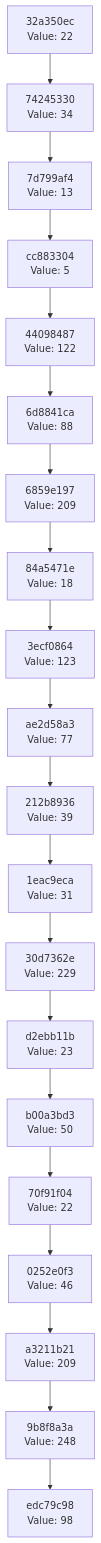
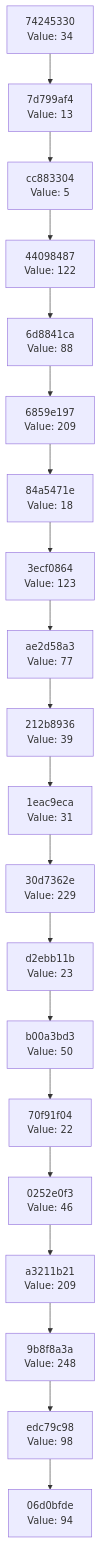
One commit to Abhisheksinha1506/hash-chain-evolver changed the diagram in docs/CHAIN_VISUALIZATION.md. Above: the diagram before and after it, drawn with Mermaid. The commit also changed 3 other files, not shown here.

````diff
--- a/docs/CHAIN_VISUALIZATION.md
+++ b/docs/CHAIN_VISUALIZATION.md
@@ -3,42 +3,42 @@
 ```mermaid
 graph TD
-    C0["edc79c98<br/>Value: 98"]
-    C1["9b8f8a3a<br/>Value: 248"]
+    C0["06d0bfde<br/>Value: 94"]
+    C1["edc79c98<br/>Value: 98"]
     C1 --> C0
-    C2["a3211b21<br/>Value: 209"]
+    C2["9b8f8a3a<br/>Value: 248"]
     C2 --> C1
-    C3["0252e0f3<br/>Value: 46"]
+    C3["a3211b21<br/>Value: 209"]
     C3 --> C2
-    C4["70f91f04<br/>Value: 22"]
+    C4["0252e0f3<br/>Value: 46"]
     C4 --> C3
-    C5["b00a3bd3<br/>Value: 50"]
+    C5["70f91f04<br/>Value: 22"]
     C5 --> C4
-    C6["d2ebb11b<br/>Value: 23"]
+    C6["b00a3bd3<br/>Value: 50"]
     C6 --> C5
-    C7["30d7362e<br/>Value: 229"]
+    C7["d2ebb11b<br/>Value: 23"]
     C7 --> C6
-    C8["1eac9eca<br/>Value: 31"]
+    C8["30d7362e<br/>Value: 229"]
     C8 --> C7
-    C9["212b8936<br/>Value: 39"]
+    C9["1eac9eca<br/>Value: 31"]
     C9 --> C8
-    C10["ae2d58a3<br/>Value: 77"]
+    C10["212b8936<br/>Value: 39"]
     C10 --> C9
-    C11["3ecf0864<br/>Value: 123"]
+    C11["ae2d58a3<br/>Value: 77"]
     C11 --> C10
-    C12["84a5471e<br/>Value: 18"]
+    C12["3ecf0864<br/>Value: 123"]
     C12 --> C11
-    C13["6859e197<br/>Value: 209"]
+    C13["84a5471e<br/>Value: 18"]
     C13 --> C12
-    C14["6d8841ca<br/>Value: 88"]
+    C14["6859e197<br/>Value: 209"]
     C14 --> C13
-    C15["44098487<br/>Value: 122"]
+    C15["6d8841ca<br/>Value: 88"]
     C15 --> C14
-    C16["cc883304<br/>Value: 5"]
+    C16["44098487<br/>Value: 122"]
     C16 --> C15
-    C17["7d799af4<br/>Value: 13"]
+    C17["cc883304<br/>Value: 5"]
     C17 --> C16
-    C18["74245330<br/>Value: 34"]
+    C18["7d799af4<br/>Value: 13"]
     C18 --> C17
-    C19["32a350ec<br/>Value: 22"]
+    C19["74245330<br/>Value: 34"]
     C19 --> C18
 ```
````
